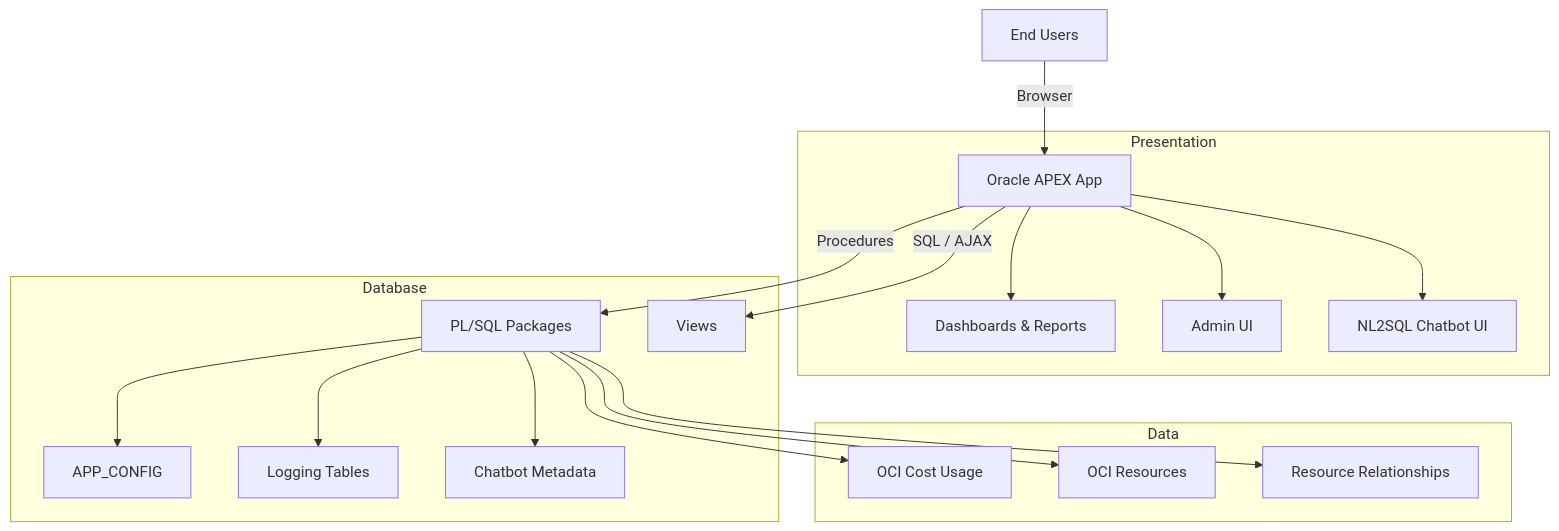
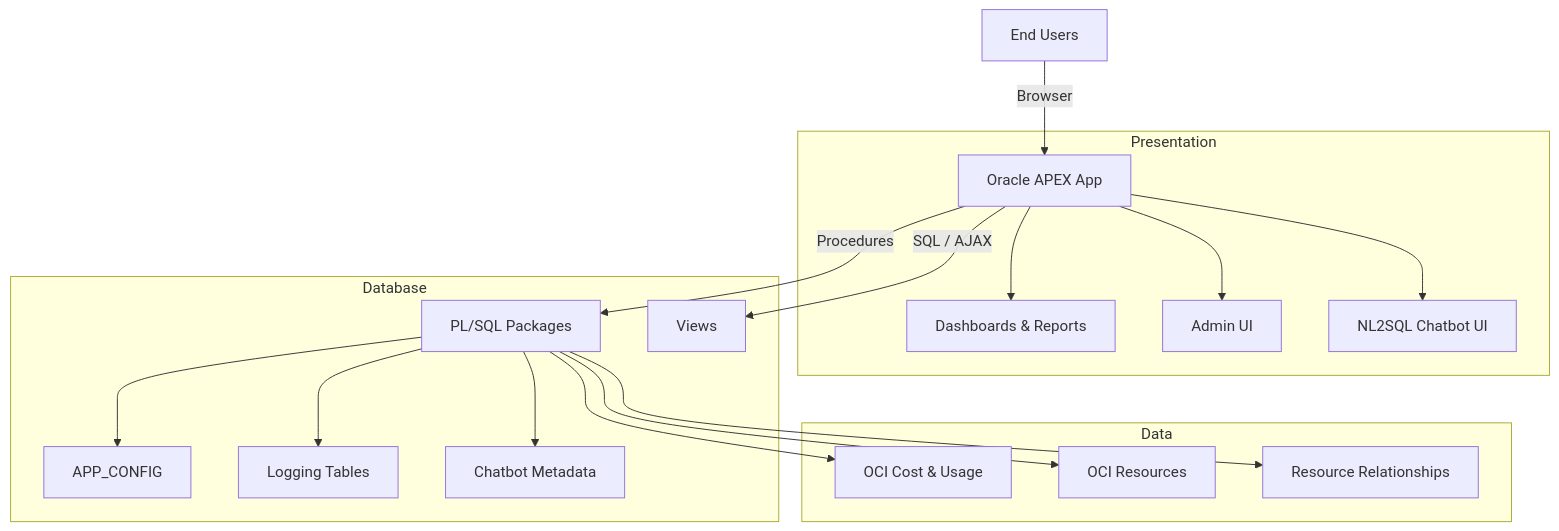
Before and after one commit to andreT30/oci-focus-reports-bundle: the diagram in docs/architecture.md, drawn with Mermaid. The commit also changed other lines of this file and 20 other files, not shown here.

````diff
--- a/docs/architecture.md
+++ b/docs/architecture.md
@@ -22,35 +26,35 @@
 ```mermaid
 flowchart TB
   U[End Users] -->|Browser| APEX[Oracle APEX App]
 
   subgraph Presentation
     APEX --> P1[Dashboards & Reports]
     APEX --> P2[Admin UI]
     APEX --> P3[NL2SQL Chatbot UI]
   end
 
   subgraph Database
     PL[PL/SQL Packages]
     V[Views]
     CFG[APP_CONFIG]
     LOG[Logging Tables]
     META[Chatbot Metadata]
   end
 
   APEX -->|SQL / AJAX| V
   APEX -->|Procedures| PL
 
   PL --> CFG
   PL --> META
   PL --> LOG
 
   subgraph Data
-    COST[OCI Cost Usage]
+    COST[OCI Cost & Usage]
     RES[OCI Resources]
     REL[Resource Relationships]
   end
 
   PL --> COST
   PL --> RES
   PL --> REL
 ```
````
